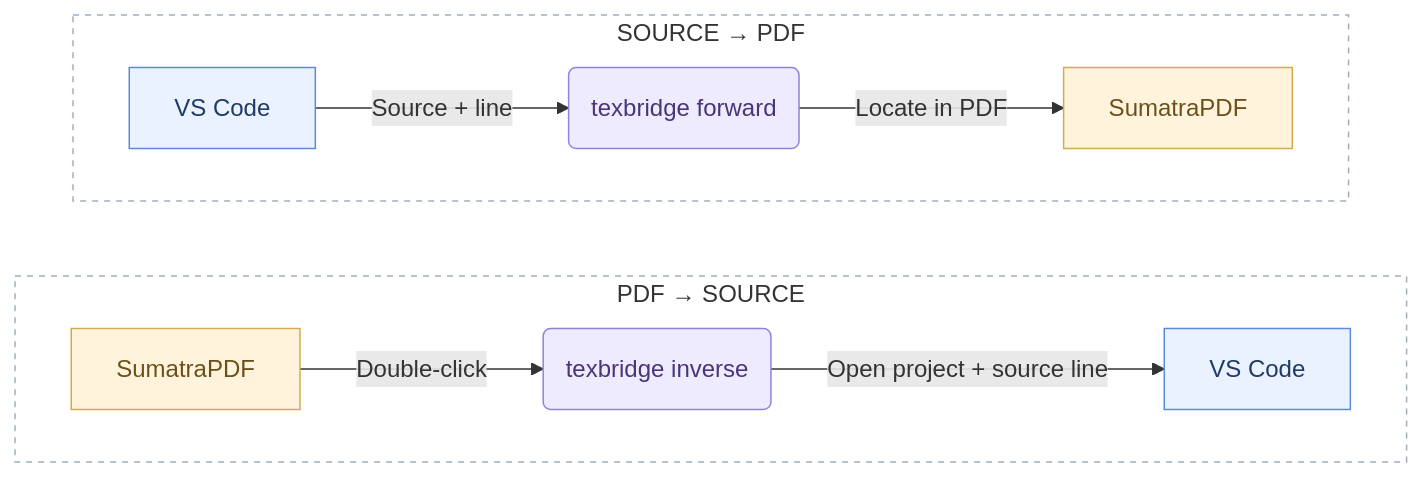
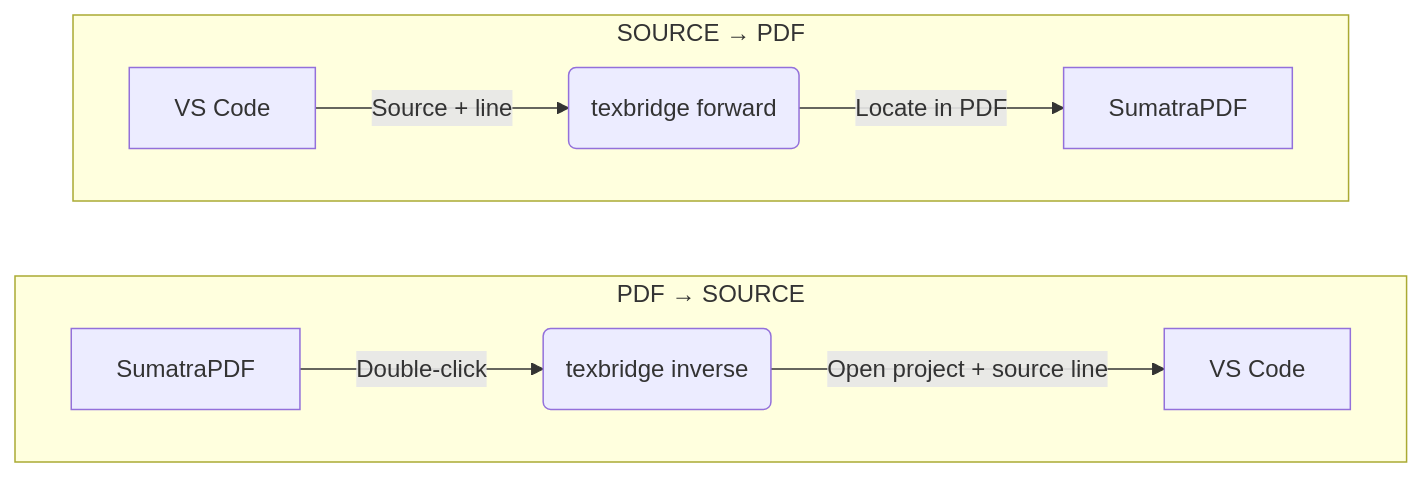
One commit to shunnli/texbridge changed the diagram in README.md. Above: the diagram before and after it, drawn with Mermaid. The commit also changed other lines of this file and 6 other files, not shown here.

````diff
--- a/README.md
+++ b/README.md
@@ -24,25 +24,16 @@
 ```mermaid
 flowchart TB
     subgraph forward ["SOURCE → PDF"]
         direction LR
         V1["VS Code"] -->|"Source + line"| F("texbridge forward")
         F -->|"Locate in PDF"| S1["SumatraPDF"]
     end
 
     subgraph inverse ["PDF → SOURCE"]
         direction LR
         S2["SumatraPDF"] -->|"Double-click"| I("texbridge inverse")
         I -->|"Open project + source line"| V2["VS Code"]
     end
 
     forward ~~~ inverse
-
-    classDef editor fill:#eaf2ff,stroke:#5b8bd9,color:#203b64
-    classDef bridge fill:#eeebff,stroke:#9380db,color:#493578
-    classDef viewer fill:#fff4db,stroke:#d4aa4f,color:#6b501b
-    class V1,V2 editor
-    class F,I bridge
-    class S1,S2 viewer
-    style forward fill:transparent,stroke:#a0aec0,stroke-dasharray:4 4
-    style inverse fill:transparent,stroke:#a0aec0,stroke-dasharray:4 4
 ```
````
